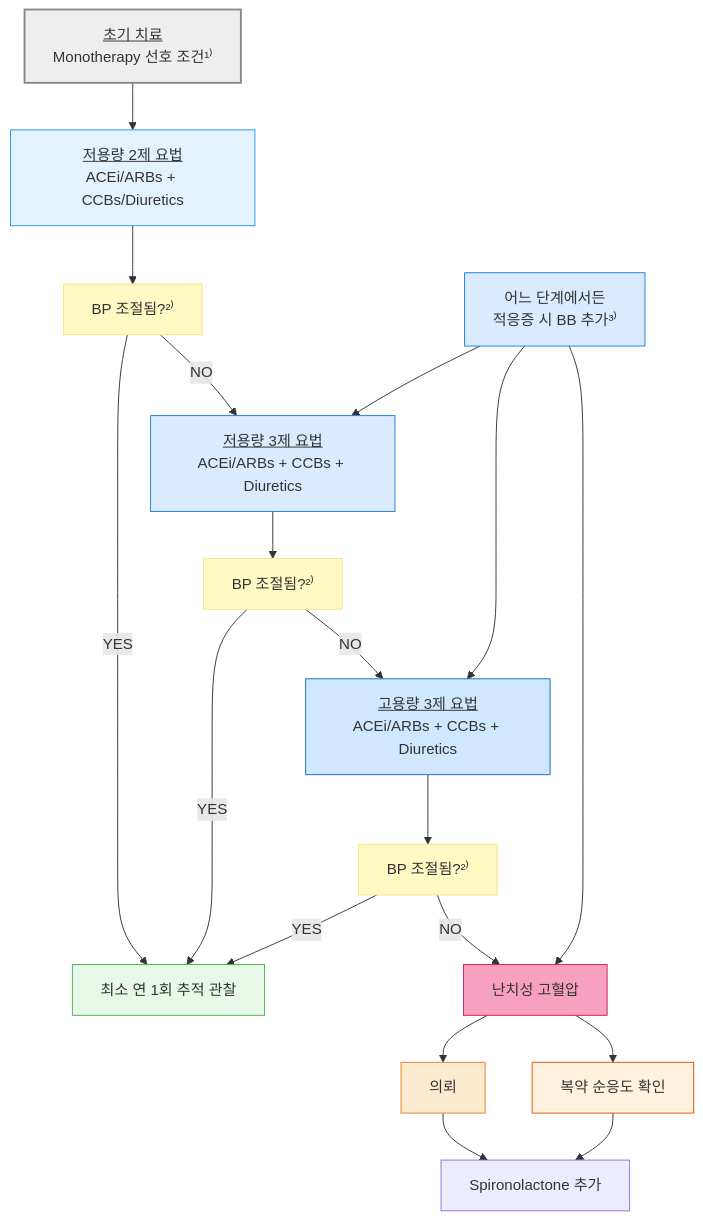
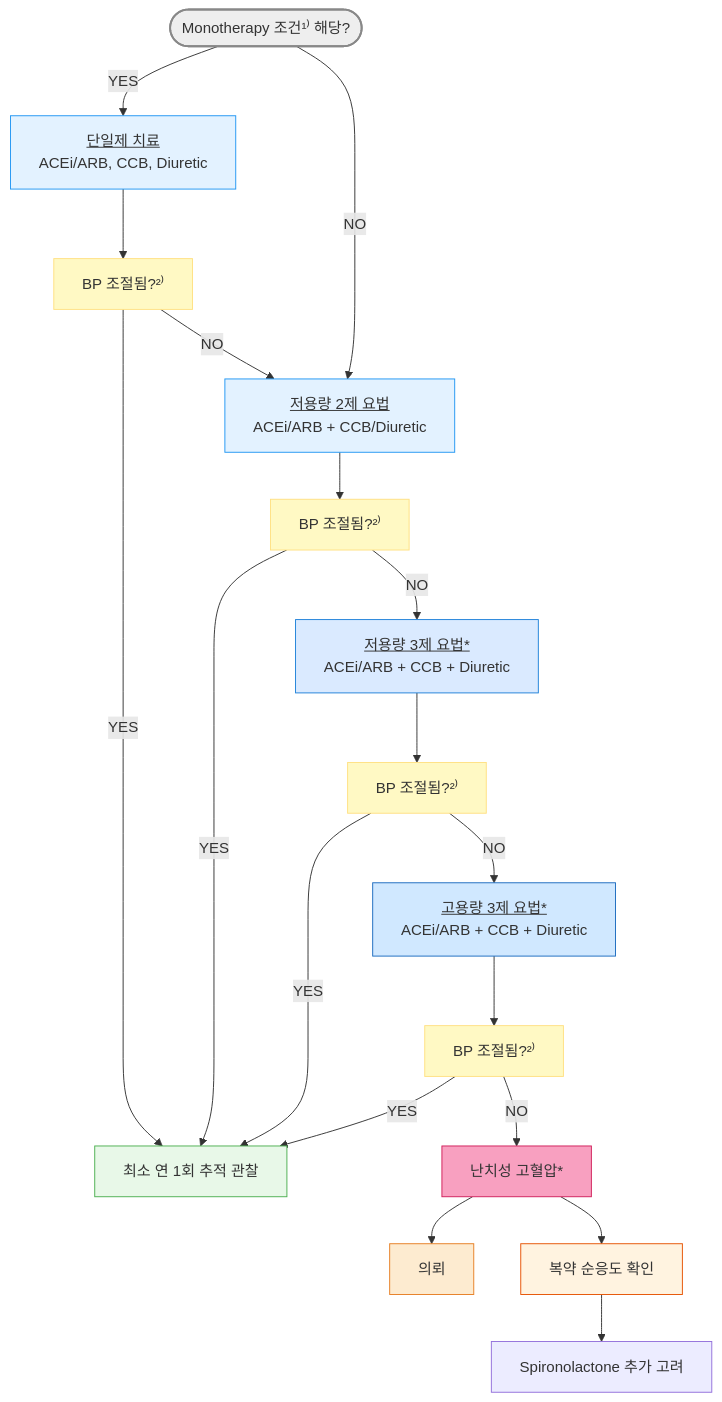
Before and after one commit to familyoh77/familyoh77: the fourth of 6 diagrams in 225_/095_-hypertension.md, drawn with Mermaid. The commit also changed other lines of this file, not shown here.

Commit message:
GITBOOK-1075: No subject

````diff
--- a/225_/095_-hypertension.md
+++ b/225_/095_-hypertension.md
@@ -917,48 +917,51 @@
 ```mermaid
 graph TD
-    Start["<u>초기 치료</u> <br/>Monotherapy 선호 조건¹⁾"]
+    Start(["Monotherapy 조건¹⁾ 해당?"])
 style Start fill:#eeeeee,stroke:#888888,stroke-width:2px
-    T1["<u>저용량 2제 요법</u><br/>ACEi/ARBs + CCBs/Diuretics"]  
-    T2["<u>저용량 3제 요법</u><br/>ACEi/ARBs + CCBs + Diuretics"]
-    T3["<u>고용량 3제 요법</u><br/>ACEi/ARBs + CCBs + Diuretics"]
+    T0["<u>단일제 치료</u><br/>ACEi/ARB, CCB, Diuretic"]  
+    T1["<u>저용량 2제 요법</u><br/>ACEi/ARB + CCB/Diuretic"]  
+    T2["<u>저용량 3제 요법*</u><br/>ACEi/ARB + CCB + Diuretic"]
+    T3["<u>고용량 3제 요법*</u><br/>ACEi/ARB + CCB + Diuretic"]
+style T0 fill:#e3f2ff,stroke:#2196f3
 style T1 fill:#e3f2ff,stroke:#2196f3
 style T2 fill:#daeaff,stroke:#1e80d9
 style T3 fill:#d0e8ff,stroke:#1a6abf
+    Check0["BP 조절됨?²⁾"]
     Check1["BP 조절됨?²⁾"]
     Check2["BP 조절됨?²⁾"]
     Check3["BP 조절됨?²⁾"]
 classDef yellow fill:#fff9c4,stroke:#ffe082
-class Check1,Check2,Check3 yellow
-    Resistant["난치성 고혈압"]
+class Check0,Check1,Check2,Check3 yellow
+    Resistant["난치성 고혈압*"]
 style Resistant fill:#f8a0c0,stroke:#d01f5a
     Action1["의뢰"]
 style Action1 fill:#fdebd0,stroke:#e67e22
     Action2["복약 순응도 확인"]
 style Action2 fill:#fff3e0,stroke:#e65100
-    Action3["Spironolactone 추가"]
+    Action3["Spironolactone 추가 고려"]
 
-    Beta["어느 단계에서든<br/>적응증 시 BB 추가³⁾"]
-style Beta fill:#daeaff,stroke:#1e80d9
     FU["최소 연 1회 추적 관찰"]
 style FU fill:#e8f8e8,stroke:#4caf50
-    Start --> T1
+    Start --YES--> T0
+
+    T0 --> Check0
+    Check0 -- YES --> FU
+    Check0 -- NO --> T1
+    Start --NO--> T1    
     T1 --> Check1
     Check1 -- YES --> FU
     Check1 -- NO --> T2
     
     T2 --> Check2
     Check2 -- YES --> FU
     Check2 -- NO --> T3
     
     T3 --> Check3
     Check3 -- YES --> FU
     Check3 -- NO --> Resistant
     
     Resistant --> Action1
     Resistant --> Action2
-    Action1 --> Action3
     Action2 --> Action3
-    Beta --> T2
-    Beta --> T3
-    Beta --> Resistant
+
 ```
````
